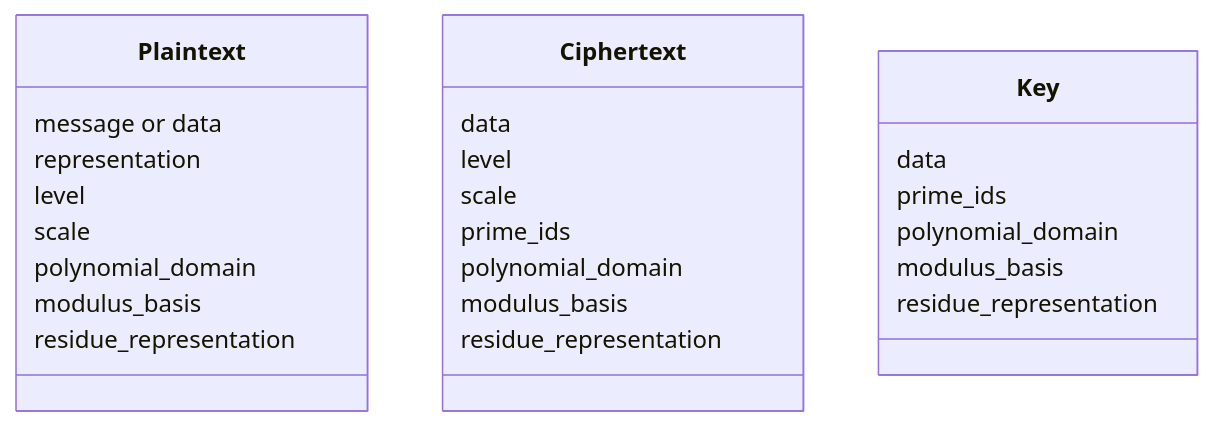
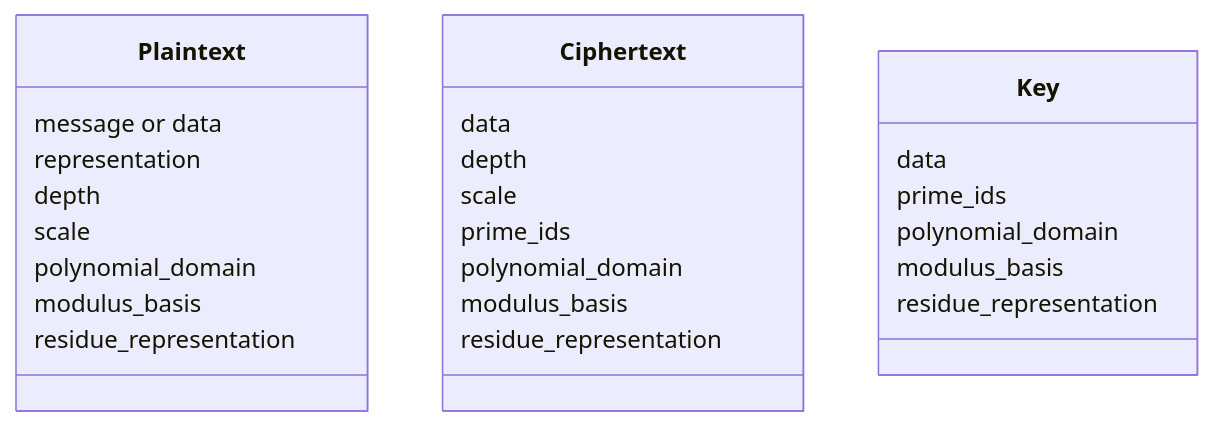
The first of 3 diagrams in docs/concepts/ckks/value-model-and-identity.md (visualDust/fhelium), drawn with Mermaid before and after one commit. The commit also changed other lines of this file and 369 other files, not shown here.

````diff
--- a/docs/concepts/ckks/value-model-and-identity.md
+++ b/docs/concepts/ckks/value-model-and-identity.md
@@ -14,28 +14,28 @@
 ```mermaid
 classDiagram
     class Plaintext {
       message or data
       representation
-      level
+      depth
       scale
       polynomial_domain
       modulus_basis
       residue_representation
     }
     class Ciphertext {
       data
-      level
+      depth
       scale
       prime_ids
       polynomial_domain
       modulus_basis
       residue_representation
     }
     class Key {
       data
       prime_ids
       polynomial_domain
       modulus_basis
       residue_representation
     }
 ```
````
